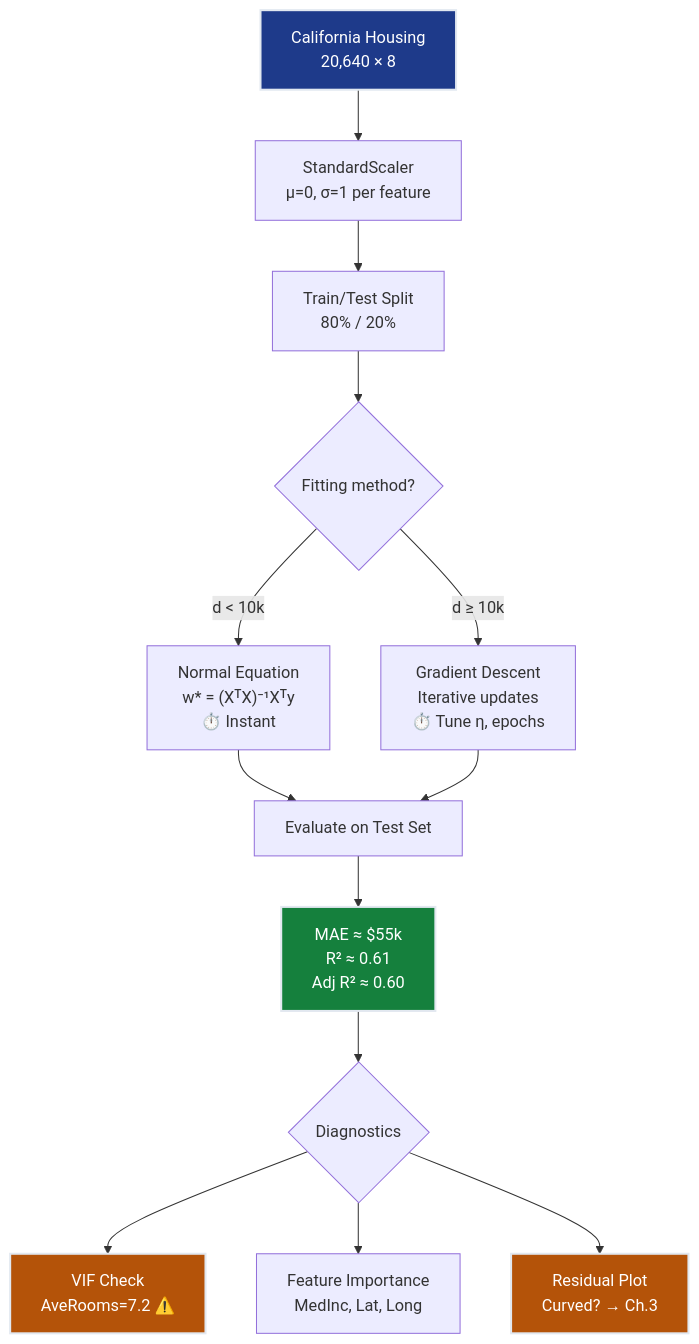
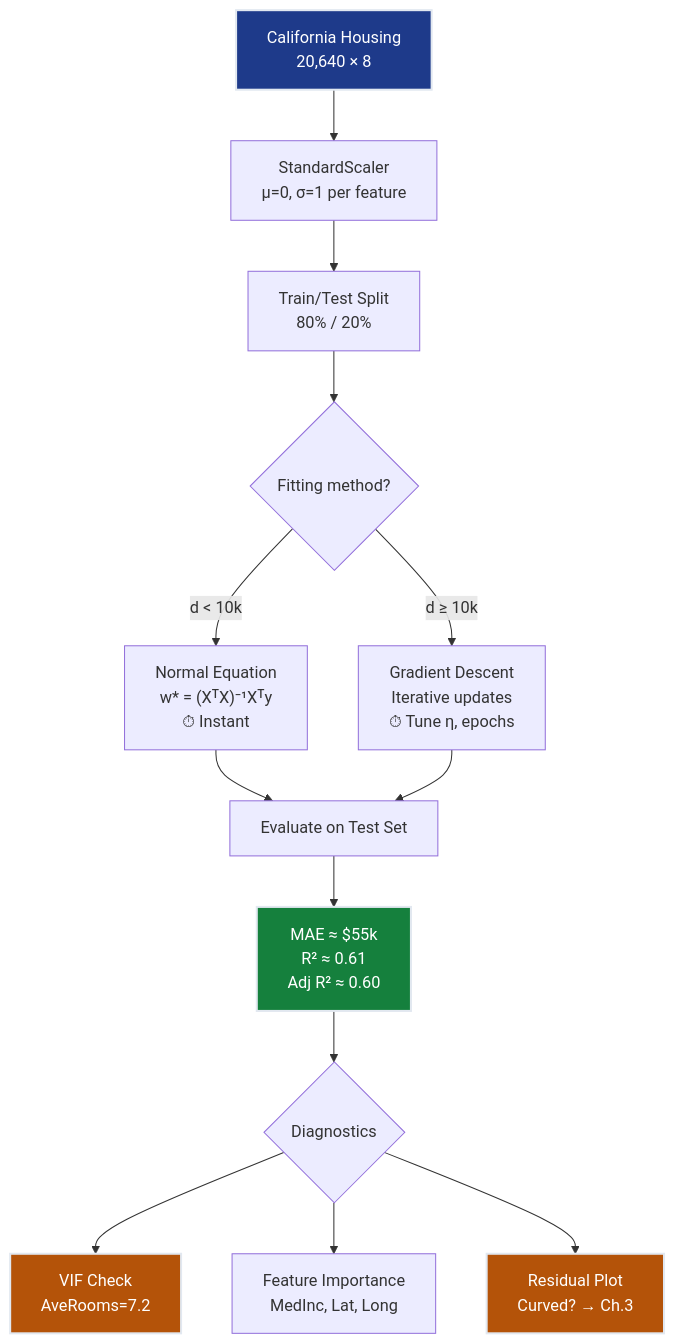
One commit to dsgouda7/ai-portfolio changed the second of 5 diagrams in notes/01-ml/01-regression/ch02_multiple_regression/README.md. Above: the diagram before and after it, drawn with Mermaid. The commit also changed other lines of this file and 179 other files, not shown here.

````diff
--- a/notes/01-ml/01-regression/ch02_multiple_regression/README.md
+++ b/notes/01-ml/01-regression/ch02_multiple_regression/README.md
@@ -715,24 +715,24 @@
 ```mermaid
 flowchart TD
-    DATA["California Housing<br/>20,640 × 8"] --> SCALE["StandardScaler<br/>μ=0, σ=1 per feature"]
-    SCALE --> SPLIT["Train/Test Split<br/>80% / 20%"]
-    SPLIT --> FIT{"Fitting method?"}
+ DATA["California Housing<br/>20,640 × 8"] --> SCALE["StandardScaler<br/>μ=0, σ=1 per feature"]
+ SCALE --> SPLIT["Train/Test Split<br/>80% / 20%"]
+ SPLIT --> FIT{"Fitting method?"}
 
-    FIT -->|"d < 10k"| NORMAL["Normal Equation<br/>w* = (XᵀX)⁻¹Xᵀy<br/>⏱️ Instant"]
-    FIT -->|"d ≥ 10k"| GD["Gradient Descent<br/>Iterative updates<br/>⏱️ Tune η, epochs"]
+ FIT -->|"d < 10k"| NORMAL["Normal Equation<br/>w* = (XᵀX)⁻¹Xᵀy<br/>⏱ Instant"]
+ FIT -->|"d ≥ 10k"| GD["Gradient Descent<br/>Iterative updates<br/>⏱ Tune η, epochs"]
 
-    NORMAL --> EVAL["Evaluate on Test Set"]
-    GD --> EVAL
+ NORMAL --> EVAL["Evaluate on Test Set"]
+ GD --> EVAL
 
-    EVAL --> METRICS["MAE ≈ $55k<br/>R² ≈ 0.61<br/>Adj R² ≈ 0.60"]
+ EVAL --> METRICS["MAE ≈ $55k<br/>R² ≈ 0.61<br/>Adj R² ≈ 0.60"]
 
-    METRICS --> DIAGNOSE{"Diagnostics"}
-    DIAGNOSE --> VIF["VIF Check<br/>AveRooms=7.2 ⚠️"]
-    DIAGNOSE --> IMPORTANCE["Feature Importance<br/>MedInc, Lat, Long"]
-    DIAGNOSE --> RESIDUAL["Residual Plot<br/>Curved? → Ch.3"]
+ METRICS --> DIAGNOSE{"Diagnostics"}
+ DIAGNOSE --> VIF["VIF Check<br/>AveRooms=7.2 "]
+ DIAGNOSE --> IMPORTANCE["Feature Importance<br/>MedInc, Lat, Long"]
+ DIAGNOSE --> RESIDUAL["Residual Plot<br/>Curved? → Ch.3"]
 
-    style DATA fill:#1e3a8a,stroke:#e2e8f0,stroke-width:2px,color:#ffffff
-    style METRICS fill:#15803d,stroke:#e2e8f0,stroke-width:2px,color:#ffffff
-    style VIF fill:#b45309,stroke:#e2e8f0,stroke-width:2px,color:#ffffff
-    style RESIDUAL fill:#b45309,stroke:#e2e8f0,stroke-width:2px,color:#ffffff
+ style DATA fill:#1e3a8a,stroke:#e2e8f0,stroke-width:2px,color:#ffffff
+ style METRICS fill:#15803d,stroke:#e2e8f0,stroke-width:2px,color:#ffffff
+ style VIF fill:#b45309,stroke:#e2e8f0,stroke-width:2px,color:#ffffff
+ style RESIDUAL fill:#b45309,stroke:#e2e8f0,stroke-width:2px,color:#ffffff
 ```
````
